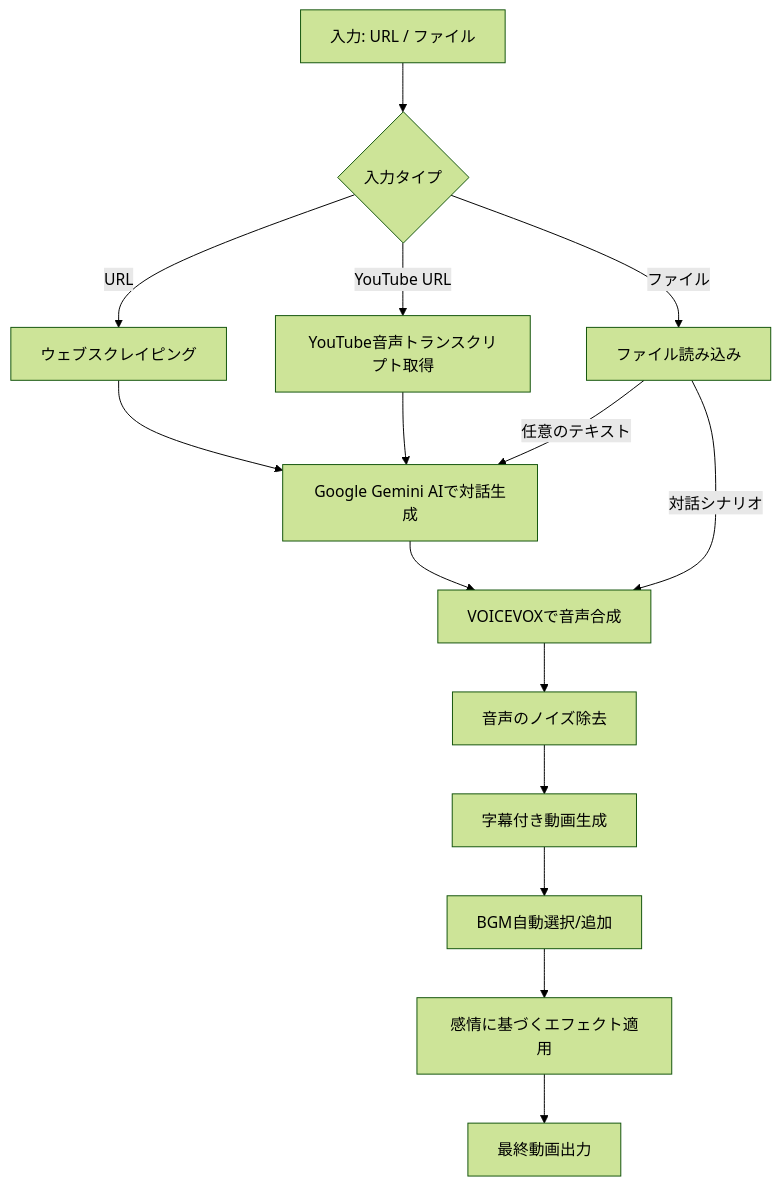
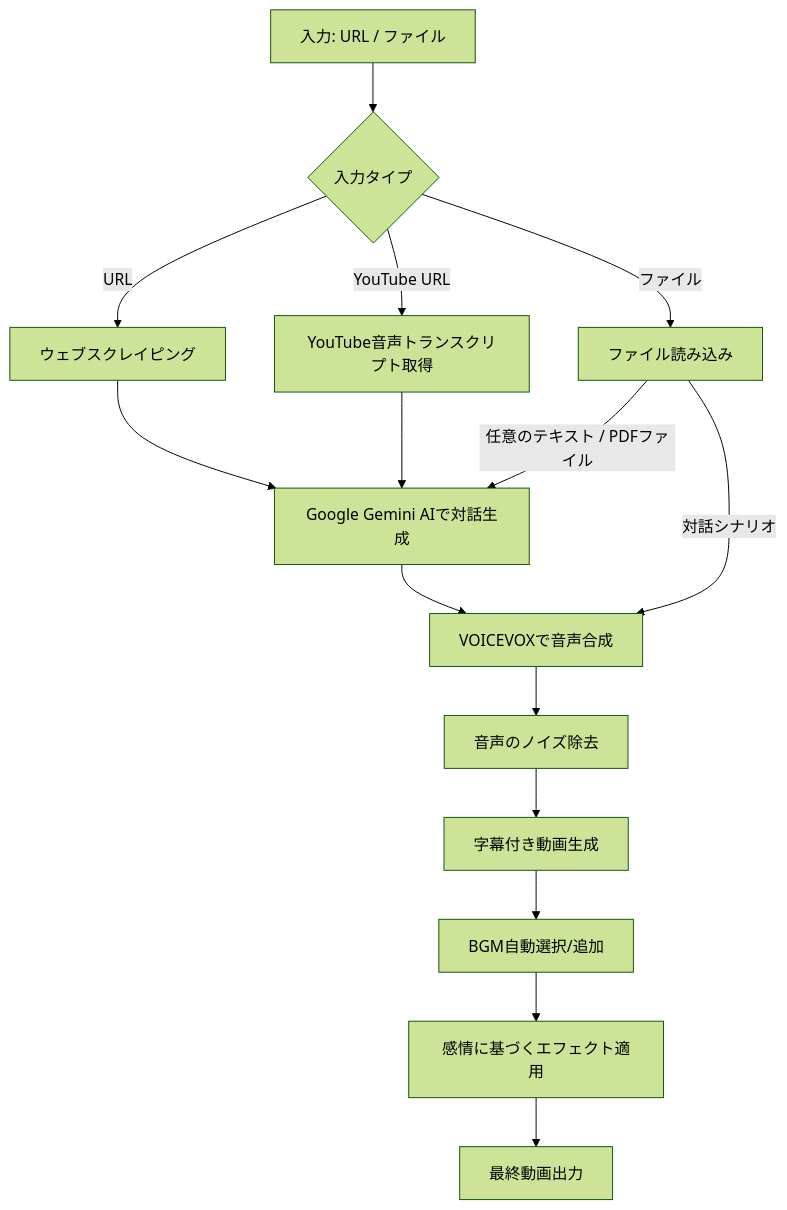
The diagram in README.md (aegisfleet/voicevox2video), drawn with Mermaid (forest theme) before and after one commit. The commit also changed other lines of this file and 1 other file, not shown here.

````diff
--- a/README.md
+++ b/README.md
@@ -202,17 +204,17 @@
 ```mermaid
 graph TD
     A[入力: URL / ファイル] --> B{入力タイプ}
     B -->|URL| C[ウェブスクレイピング]
     B -->|YouTube URL| D[YouTube音声トランスクリプト取得]
     B -->|ファイル| E[ファイル読み込み]
     C --> F[Google Gemini AIで対話生成]
     D --> F
-    E -->|任意のテキスト| F
+    E -->|任意のテキスト / PDFファイル| F
     E -->|対話シナリオ| G
     F --> G[VOICEVOXで音声合成]
     G --> H[音声のノイズ除去]
     H --> I[字幕付き動画生成]
     I --> J[BGM自動選択/追加]
     J --> K[感情に基づくエフェクト適用]
     K --> L[最終動画出力]
 ```
````
